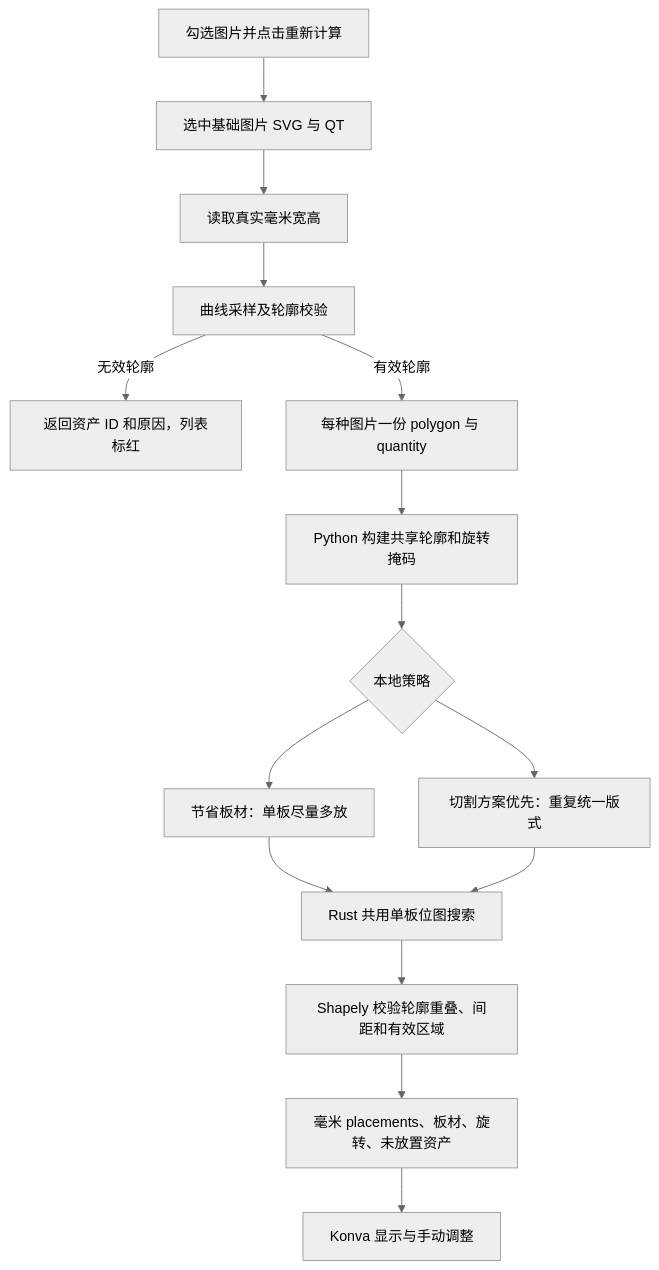
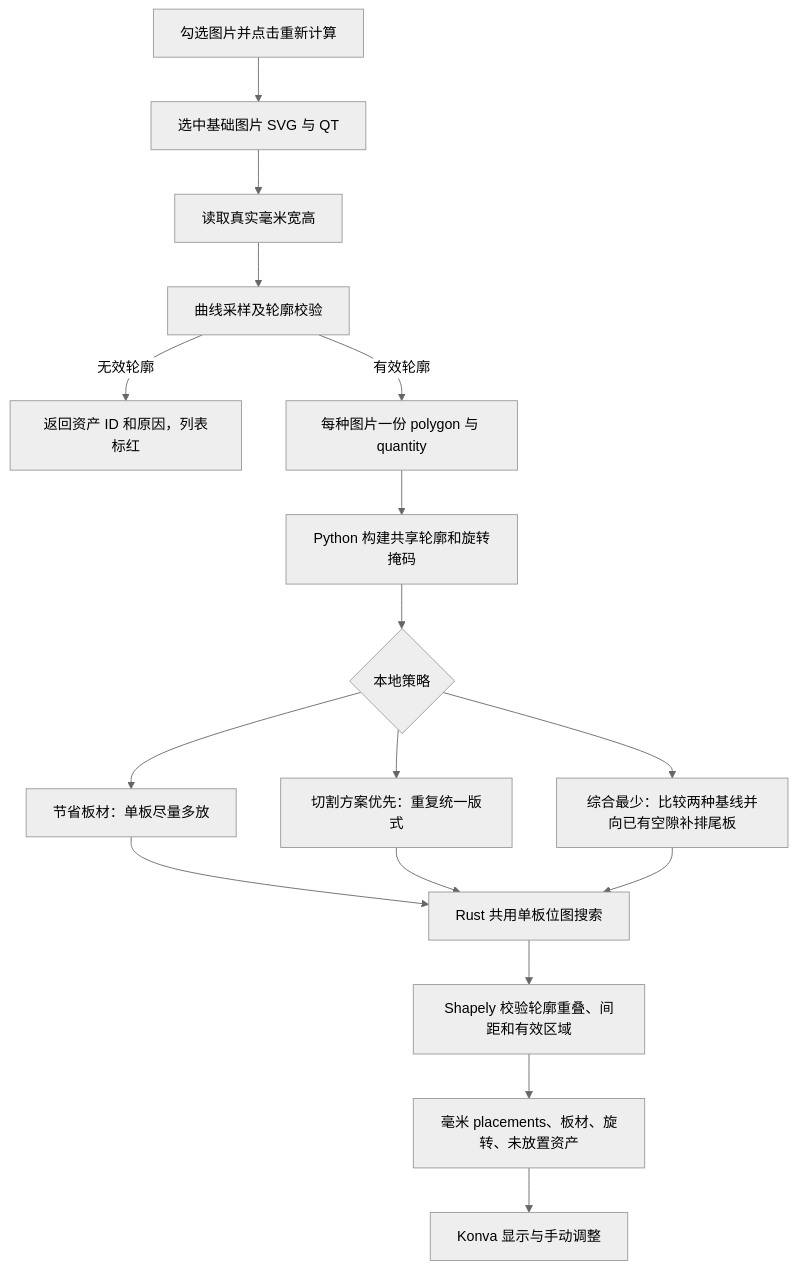
The diagram in docs/异形拼版当前流程与算法说明.md (BaiLiAiChiBiJiLin/ProductAPP), drawn with Mermaid (neutral theme) before and after one commit. The commit also changed other lines of this file and 121 other files, not shown here.

````diff
--- a/docs/异形拼版当前流程与算法说明.md
+++ b/docs/异形拼版当前流程与算法说明.md
@@ -19,17 +19,19 @@
 ```mermaid
 flowchart TD
   A0[勾选图片并点击重新计算] --> A[选中基础图片 SVG 与 QT]
   A --> B[读取真实毫米宽高]
   B --> C[曲线采样及轮廓校验]
   C -->|无效轮廓| D[返回资产 ID 和原因，列表标红]
   C -->|有效轮廓| E[每种图片一份 polygon 与 quantity]
   E --> F[Python 构建共享轮廓和旋转掩码]
   F --> G{本地策略}
   G --> H[节省板材：单板尽量多放]
   G --> I[切割方案优先：重复统一版式]
+  G --> I2[综合最少：比较两种基线并向已有空隙补排尾板]
   H --> J[Rust 共用单板位图搜索]
   I --> J
+  I2 --> J
   J --> K[Shapely 校验轮廓重叠、间距和有效区域]
   K --> L[毫米 placements、板材、旋转、未放置资产]
   L --> M[Konva 显示与手动调整]
 ```
````
